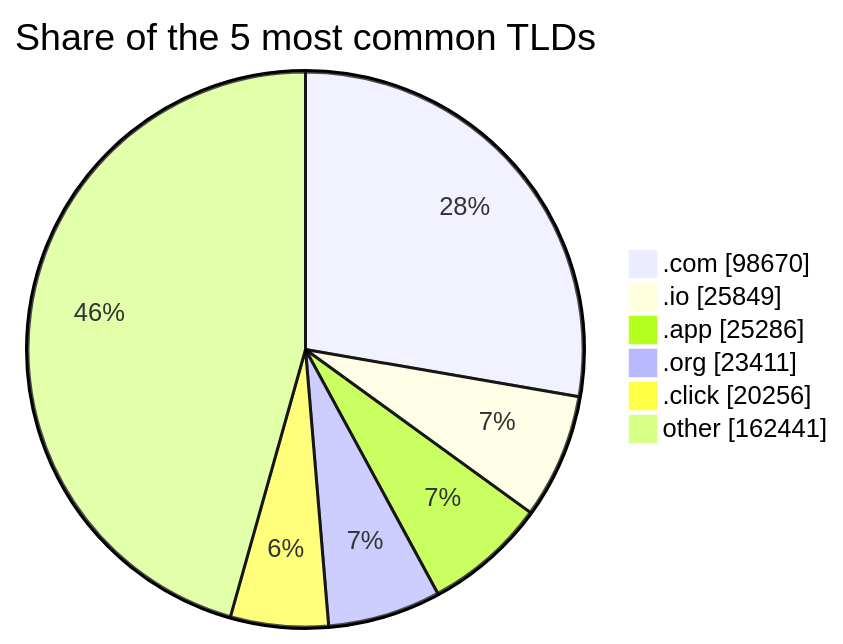
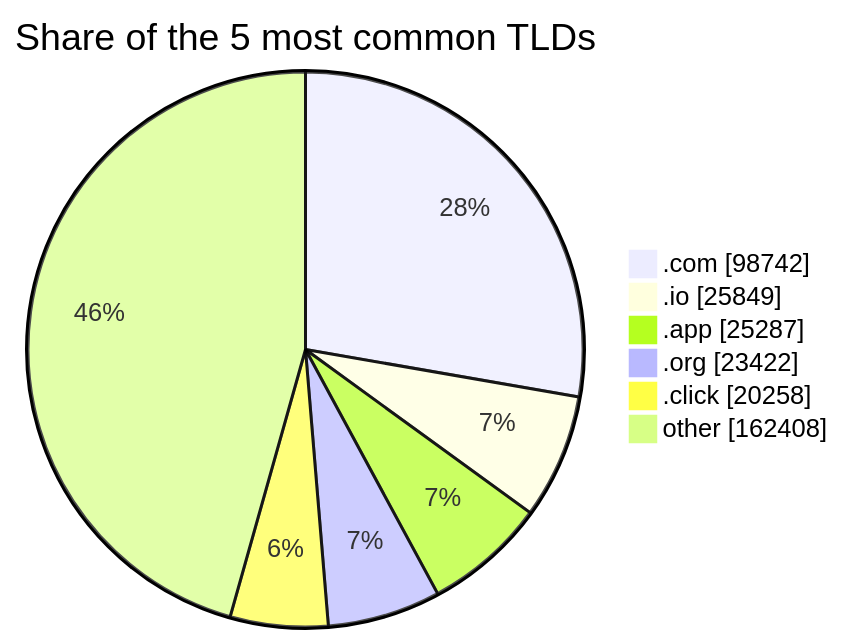
Before and after one commit to DNSBunker/CTI: the third of 3 diagrams in README.md, drawn with Mermaid. The commit also changed other lines of this file and 3 other files, not shown here.

````diff
--- a/README.md
+++ b/README.md
@@ -81,9 +81,9 @@
 ```mermaid
 pie showData title Share of the 5 most common TLDs
-    ".com" : 98670
+    ".com" : 98742
     ".io" : 25849
-    ".app" : 25286
-    ".org" : 23411
-    ".click" : 20256
-    "other" : 162441
+    ".app" : 25287
+    ".org" : 23422
+    ".click" : 20258
+    "other" : 162408
 ```
````
